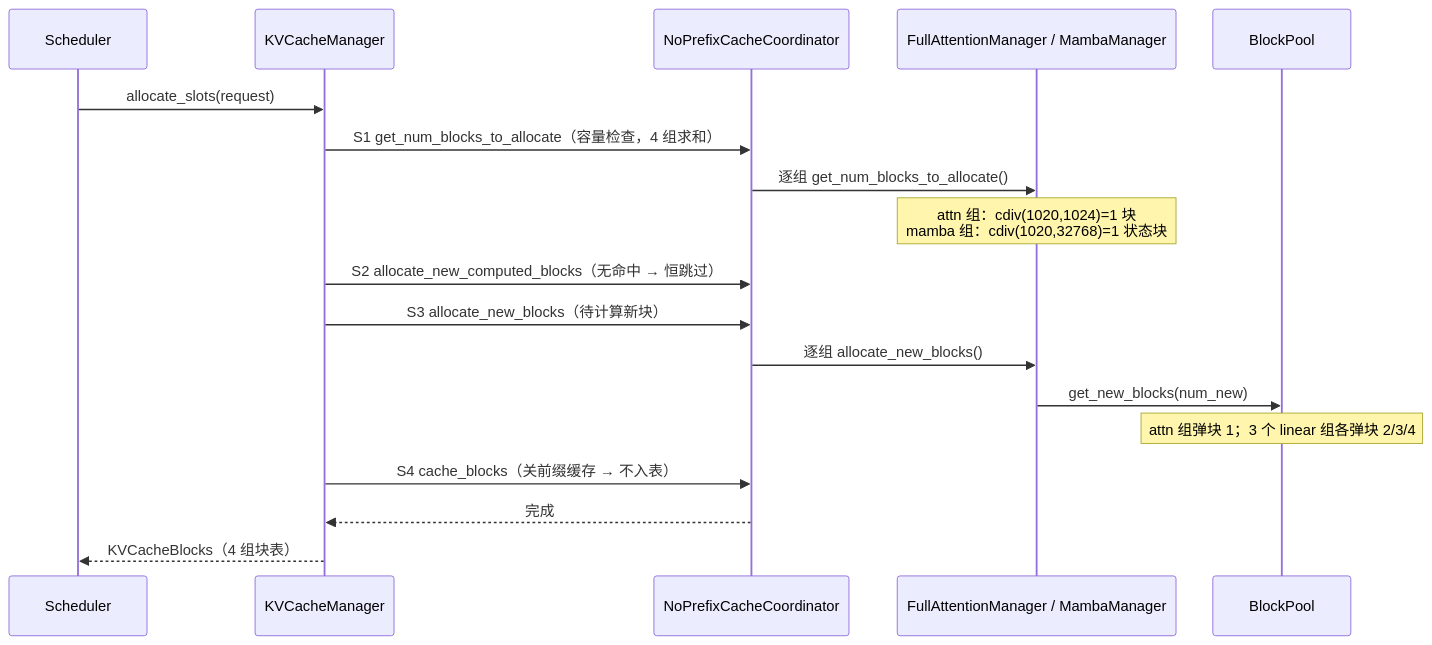
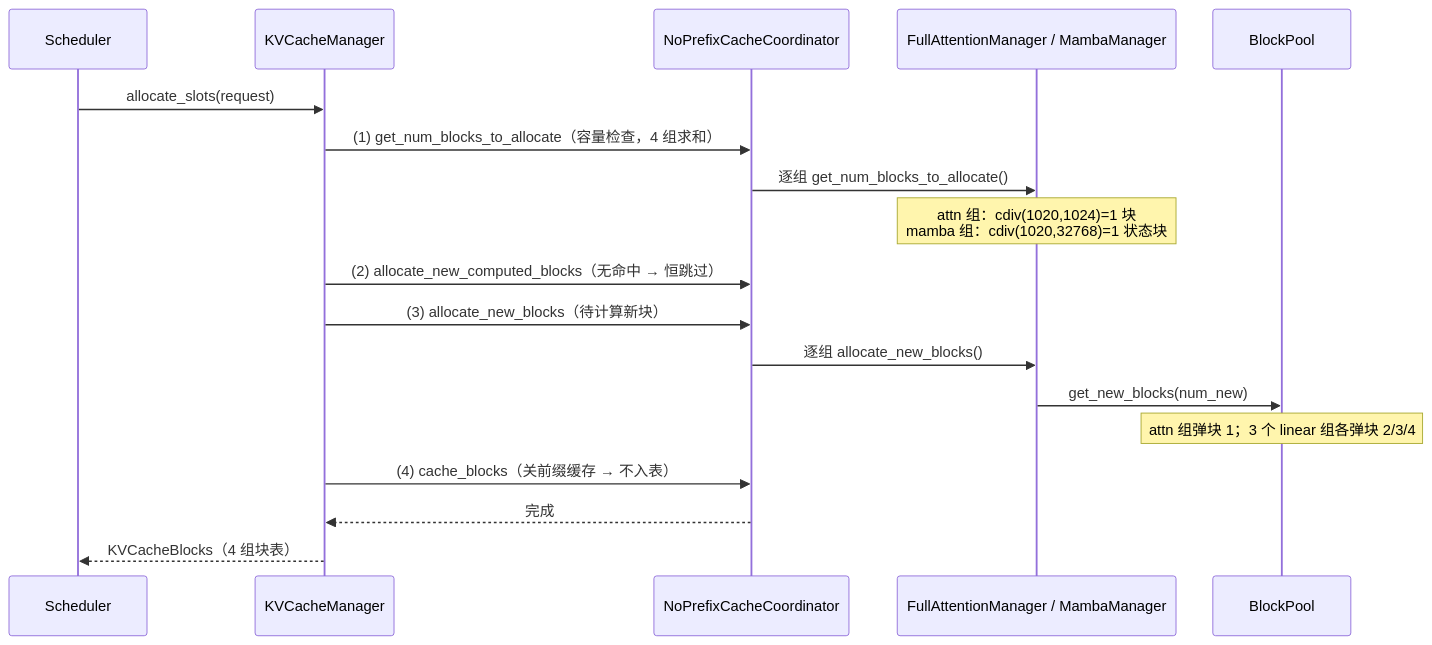
The second of 4 diagrams in vllm/v1/core/kvcache_study/kvcache_docs/npu_hybrid/2_runtime_sequence.md (GoCHug/vllm), drawn with Mermaid before and after one commit. The commit also changed other lines of this file, not shown here.

````diff
--- a/vllm/v1/core/kvcache_study/kvcache_docs/npu_hybrid/2_runtime_sequence.md
+++ b/vllm/v1/core/kvcache_study/kvcache_docs/npu_hybrid/2_runtime_sequence.md
@@ -218,21 +216,21 @@
 ```mermaid
 %%{init: {"themeVariables": {"actorFontSize": "11px", "messageFontSize": "11px", "noteFontSize": "11px"}, "sequence": {"actorMargin": 40, "messageMargin": 16, "noteMargin": 8, "boxMargin": 8, "mirrorActors": true}}}%%
 sequenceDiagram
     participant Scheduler
     participant KVCacheManager
     participant NoPrefixCacheCoordinator
     participant Managers as FullAttentionManager / MambaManager
     participant BlockPool
     Scheduler->>KVCacheManager: allocate_slots(request)
-    KVCacheManager->>NoPrefixCacheCoordinator: S1 get_num_blocks_to_allocate（容量检查，4 组求和）
+    KVCacheManager->>NoPrefixCacheCoordinator: (1) get_num_blocks_to_allocate（容量检查，4 组求和）
     NoPrefixCacheCoordinator->>Managers: 逐组 get_num_blocks_to_allocate()
     Note over Managers: attn 组：cdiv(1020,1024)=1 块<br/>mamba 组：cdiv(1020,32768)=1 状态块
-    KVCacheManager->>NoPrefixCacheCoordinator: S2 allocate_new_computed_blocks（无命中 → 恒跳过）
-    KVCacheManager->>NoPrefixCacheCoordinator: S3 allocate_new_blocks（待计算新块）
+    KVCacheManager->>NoPrefixCacheCoordinator: (2) allocate_new_computed_blocks（无命中 → 恒跳过）
+    KVCacheManager->>NoPrefixCacheCoordinator: (3) allocate_new_blocks（待计算新块）
     NoPrefixCacheCoordinator->>Managers: 逐组 allocate_new_blocks()
     Managers->>BlockPool: get_new_blocks(num_new)
     Note over BlockPool: attn 组弹块 1；3 个 linear 组各弹块 2/3/4
-    KVCacheManager->>NoPrefixCacheCoordinator: S4 cache_blocks（关前缀缓存 → 不入表）
+    KVCacheManager->>NoPrefixCacheCoordinator: (4) cache_blocks（关前缀缓存 → 不入表）
     NoPrefixCacheCoordinator-->>KVCacheManager: 完成
     KVCacheManager-->>Scheduler: KVCacheBlocks（4 组块表）
 ```
````
